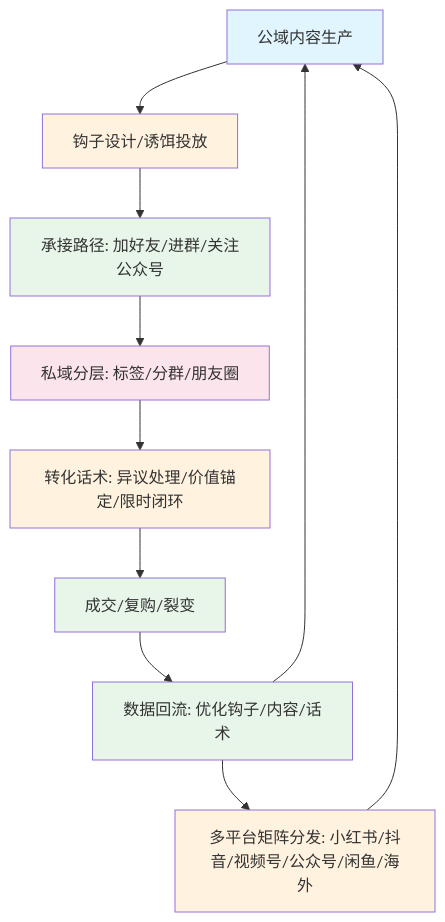
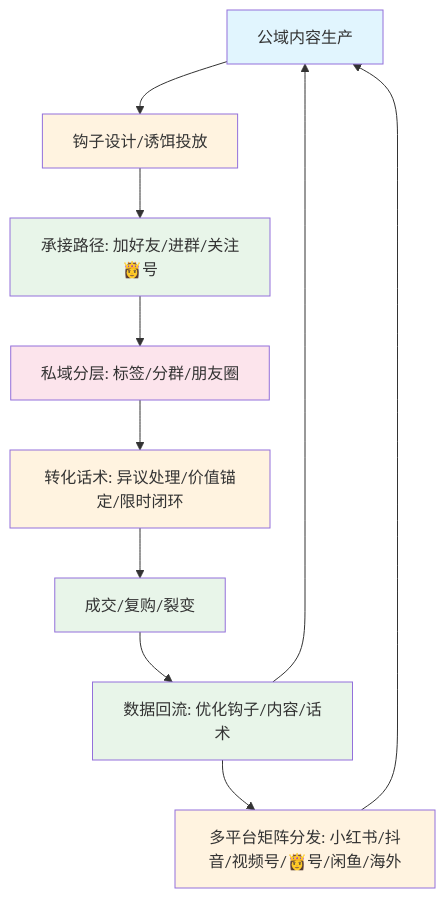
The fifth of 8 diagrams in docs/202305_paper2textbook/chapter_081.md (OpenDocCN1/flygon-zhuanqian-zhoubao), drawn with Mermaid before and after one commit. The commit also changed other lines of this file and 6688 other files, not shown here.

````diff
--- a/docs/202305_paper2textbook/chapter_081.md
+++ b/docs/202305_paper2textbook/chapter_081.md
@@ -412,20 +412,20 @@
 ```mermaid
 graph TD
     A[公域内容生产] --> B[钩子设计/诱饵投放]
-    B --> C[承接路径: 加好友/进群/关注公众号]
+    B --> C[承接路径: 加好友/进群/关注👸号]
     C --> D[私域分层: 标签/分群/朋友圈]
     D --> E[转化话术: 异议处理/价值锚定/限时闭环]
     E --> F[成交/复购/裂变]
     F --> G[数据回流: 优化钩子/内容/话术]
     G --> A
-    G --> H[多平台矩阵分发: 小红书/抖音/视频号/公众号/闲鱼/海外]
+    G --> H[多平台矩阵分发: 小红书/抖音/视频号/👸号/闲鱼/海外]
     H --> A
     style A fill:#e1f5fe
     style B fill:#fff3e0
     style C fill:#e8f5e9
     style D fill:#fce4ec
     style E fill:#fff3e0
     style F fill:#e8f5e9
     style G fill:#e8f5e9
     style H fill:#fff3e0
 ```
````
